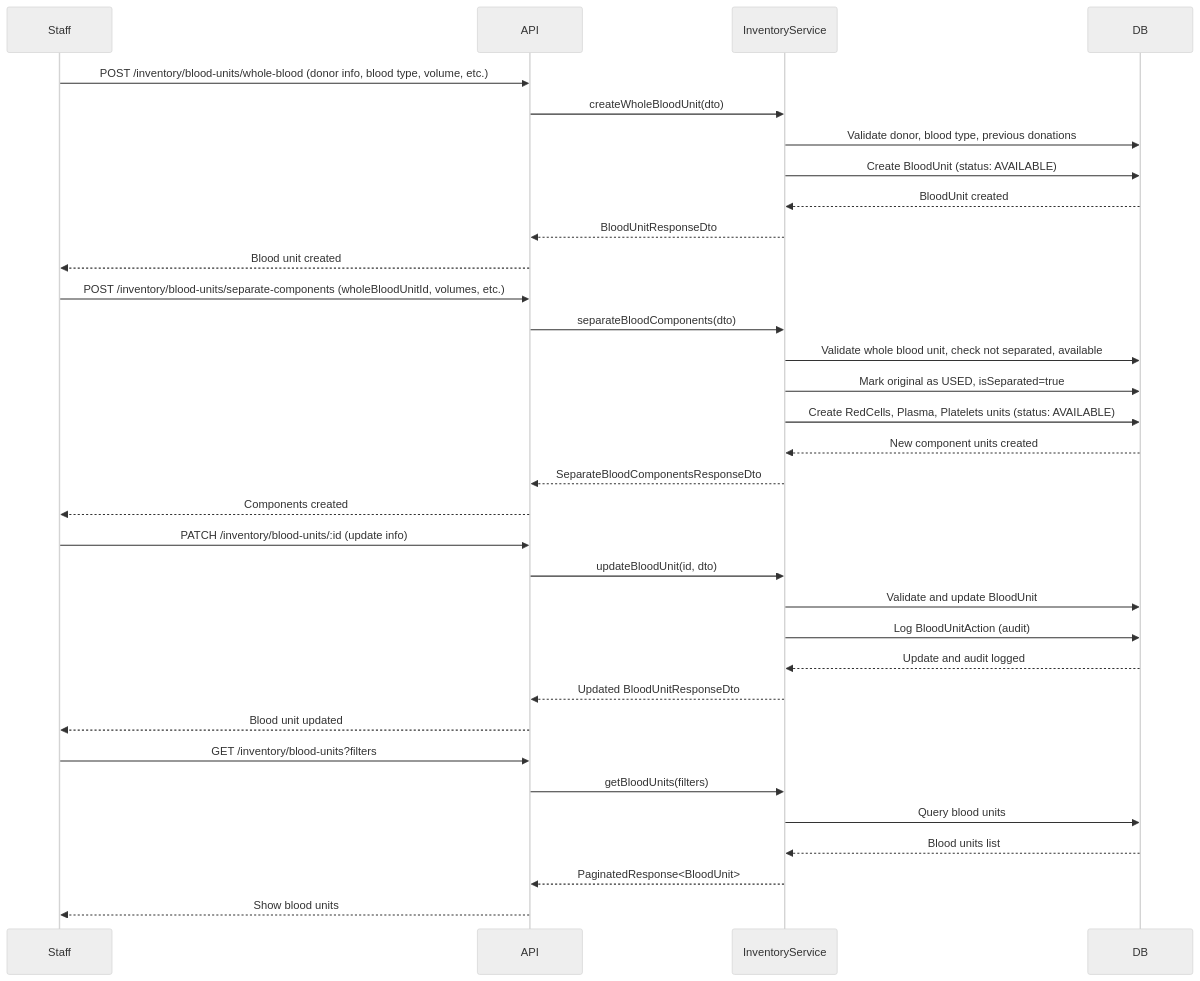
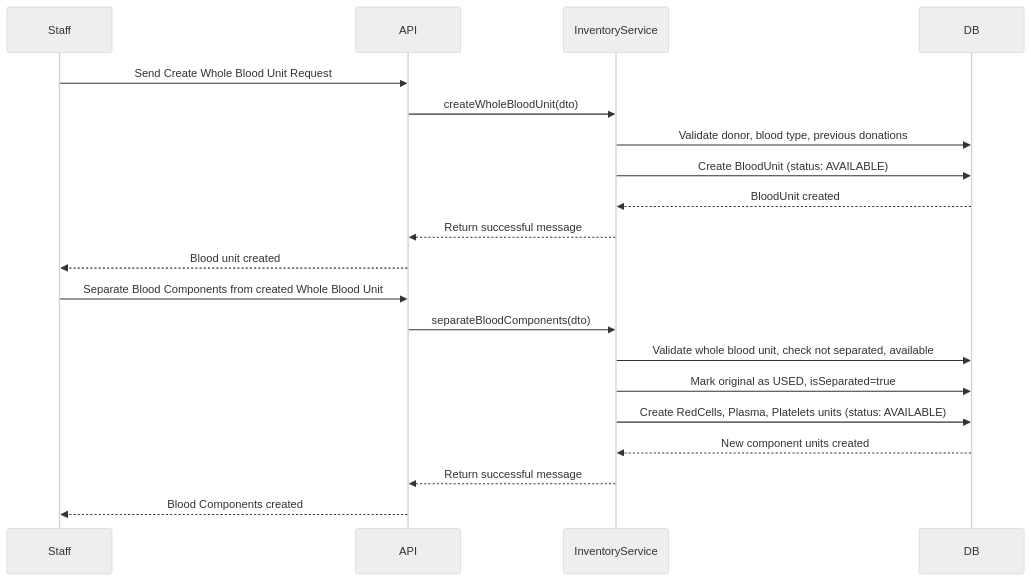
Before and after one commit to phamnguyenviethung/bloodlink-be: the first of 2 diagrams in docs/inventory-blood-unit-flow.md, drawn with Mermaid (neutral theme). The commit also changed other lines of this file and 1 other file, not shown here.

Commit message:
Update Mermaid sequence

````diff
--- a/docs/inventory-blood-unit-flow.md
+++ b/docs/inventory-blood-unit-flow.md
@@ -53,43 +53,43 @@
 ```mermaid
 sequenceDiagram
     participant Staff
     participant API
     participant InventoryService
     participant DB
 
     %% Step 1: Staff initiates creation after campaign/donor result
-    Staff->>API: POST /inventory/blood-units/whole-blood (donor info, blood type, volume, etc.)
+    Staff->>API: Send Create Whole Blood Unit Request
     API->>InventoryService: createWholeBloodUnit(dto)
     InventoryService->>DB: Validate donor, blood type, previous donations
     InventoryService->>DB: Create BloodUnit (status: AVAILABLE)
     DB-->>InventoryService: BloodUnit created
-    InventoryService-->>API: BloodUnitResponseDto
+    InventoryService-->>API: Return successful message
     API-->>Staff: Blood unit created
 
     %% Step 2: (Optional) Separate blood components
-    Staff->>API: POST /inventory/blood-units/separate-components (wholeBloodUnitId, volumes, etc.)
+    Staff->>API: Separate Blood Components from created Whole Blood Unit
     API->>InventoryService: separateBloodComponents(dto)
     InventoryService->>DB: Validate whole blood unit, check not separated, available
     InventoryService->>DB: Mark original as USED, isSeparated=true
     InventoryService->>DB: Create RedCells, Plasma, Platelets units (status: AVAILABLE)
     DB-->>InventoryService: New component units created
-    InventoryService-->>API: SeparateBloodComponentsResponseDto
-    API-->>Staff: Components created
+    InventoryService-->>API: Return successful message
+    API-->>Staff: Blood Components created
 
     %% Step 3: Update blood unit (status, volume, etc.)
-    Staff->>API: PATCH /inventory/blood-units/:id (update info)
-    API->>InventoryService: updateBloodUnit(id, dto)
-    InventoryService->>DB: Validate and update BloodUnit
-    InventoryService->>DB: Log BloodUnitAction (audit)
-    DB-->>InventoryService: Update and audit logged
-    InventoryService-->>API: Updated BloodUnitResponseDto
-    API-->>Staff: Blood unit updated
+    %% Staff->>API: PATCH /inventory/blood-units/:id (update info)
+    %% API->>InventoryService: updateBloodUnit(id, dto)
+    %% InventoryService->>DB: Validate and update BloodUnit
+    %% InventoryService->>DB: Log BloodUnitAction (audit)
+    %% DB-->>InventoryService: Update and audit logged
+    %% InventoryService-->>API: Updated BloodUnitResponseDto
+    %% API-->>Staff: Blood unit updated
 
     %% Step 4: Query inventory
-    Staff->>API: GET /inventory/blood-units?filters
-    API->>InventoryService: getBloodUnits(filters)
-    InventoryService->>DB: Query blood units
-    DB-->>InventoryService: Blood units list
-    InventoryService-->>API: PaginatedResponse<BloodUnit>
-    API-->>Staff: Show blood units
+    %% Staff->>API: GET /inventory/blood-units?filters
+    %% API->>InventoryService: getBloodUnits(filters)
+    %% InventoryService->>DB: Query blood units
+    %% DB-->>InventoryService: Blood units list
+    %% InventoryService-->>API: PaginatedResponse<BloodUnit>
+    %% API-->>Staff: Show blood units
 ```
````
